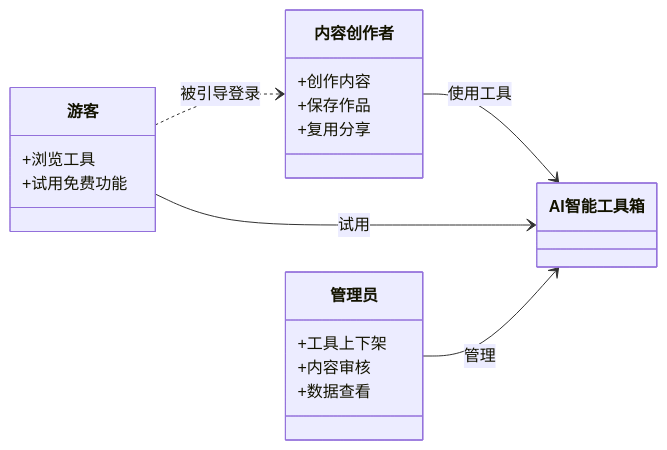
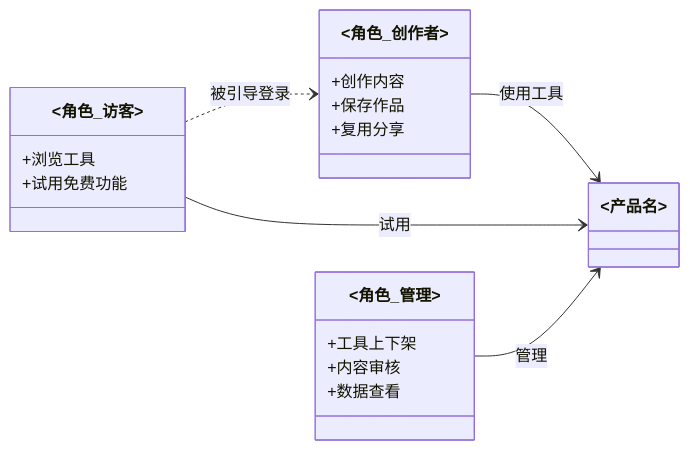
One commit to syllr/skills changed the first of 3 diagrams in skills/doc-arch-rules/references/templates/L1/USER-STORY.template.md. Above: the diagram before and after it, drawn with Mermaid. The commit also changed other lines of this file and 11 other files, not shown here.

````diff
--- a/skills/doc-arch-rules/references/templates/L1/USER-STORY.template.md
+++ b/skills/doc-arch-rules/references/templates/L1/USER-STORY.template.md
@@ -78,25 +79,25 @@
 ```mermaid
 classDiagram
     direction LR
 
-    class 内容创作者 {
+    class `<角色_创作者>` {
         +创作内容
         +保存作品
         +复用分享
     }
-    class 游客 {
+    class `<角色_访客>` {
         +浏览工具
         +试用免费功能
     }
-    class 管理员 {
+    class `<角色_管理>` {
         +工具上下架
         +内容审核
         +数据查看
     }
-    class AI智能工具箱
+    class `<产品名>`
 
-    内容创作者 --> AI智能工具箱 : 使用工具
-    游客 --> AI智能工具箱 : 试用
-    游客 ..> 内容创作者 : 被引导登录
-    管理员 --> AI智能工具箱 : 管理
+    `<角色_创作者>` --> `<产品名>` : 使用工具
+    `<角色_访客>` --> `<产品名>` : 试用
+    `<角色_访客>` ..> `<角色_创作者>` : 被引导登录
+    `<角色_管理>` --> `<产品名>` : 管理
 ```
````
